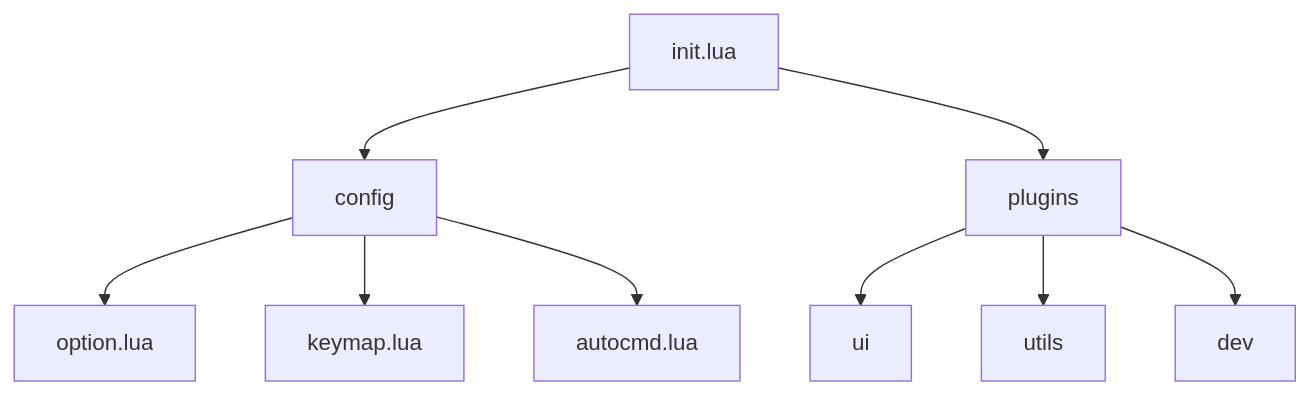
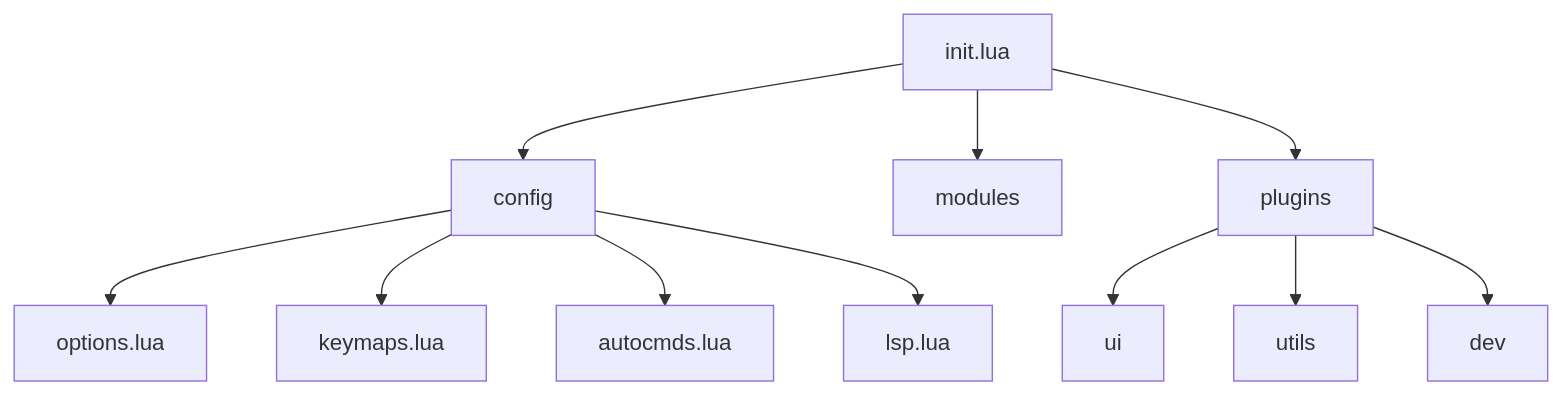
Before and after one commit to chengwu26/nvim: the diagram in README.md, drawn with Mermaid. The commit also changed other lines of this file and 35 other files, not shown here.

````diff
--- a/README.md
+++ b/README.md
@@ -5,12 +5,15 @@
 ``` mermaid
 flowchart TD
-    entry[init.lua] --> config
-    config --> option.lua
-    config --> keymap.lua
-    config --> autocmd.lua
+    init.lua --> config
+    config --> options.lua
+    config --> keymaps.lua
+    config --> autocmds.lua
+    config --> lsp.lua
 
-    entry --> plugins
+    init.lua --> modules
+
+    init.lua --> plugins
     plugins --> ui
     plugins --> utils
     plugins --> dev
 ```
````
